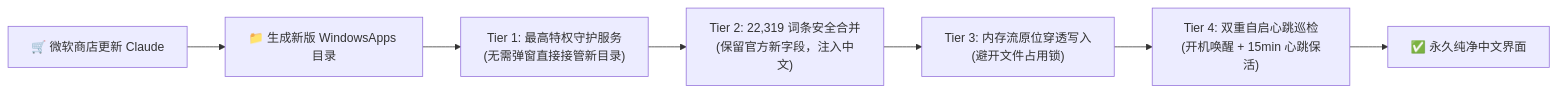
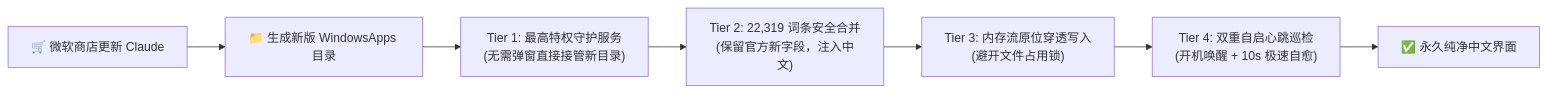
The diagram in README.md (good9527/Claude-Desktop-Chinese), drawn with Mermaid before and after one commit. The commit also changed other lines of this file and 3 other files, not shown here.

````diff
--- a/README.md
+++ b/README.md
@@ -108,9 +112,9 @@
 ```mermaid
 graph LR
     A["🛒 微软商店更新 Claude"] --> B["📁 生成新版 WindowsApps 目录"]
     B --> C["Tier 1: 最高特权守护服务<br/>(无需弹窗直接接管新目录)"]
     C --> D["Tier 2: 22,319 词条安全合并<br/>(保留官方新字段，注入中文)"]
     D --> E["Tier 3: 内存流原位穿透写入<br/>(避开文件占用锁)"]
-    E --> F["Tier 4: 双重自启心跳巡检<br/>(开机唤醒 + 15min 心跳保活)"]
+    E --> F["Tier 4: 双重自启心跳巡检<br/>(开机唤醒 + 10s 极速自愈)"]
     F --> G["✅ 永久纯净中文界面"]
 ```
````
